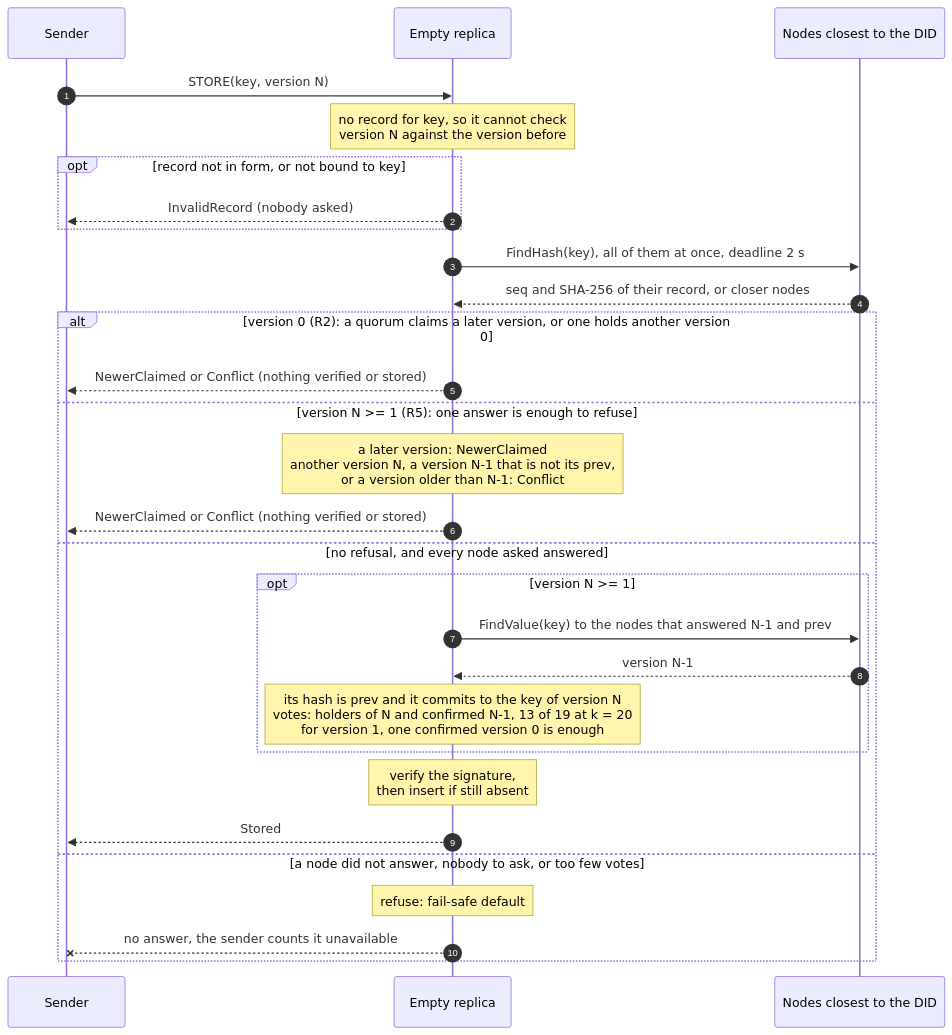
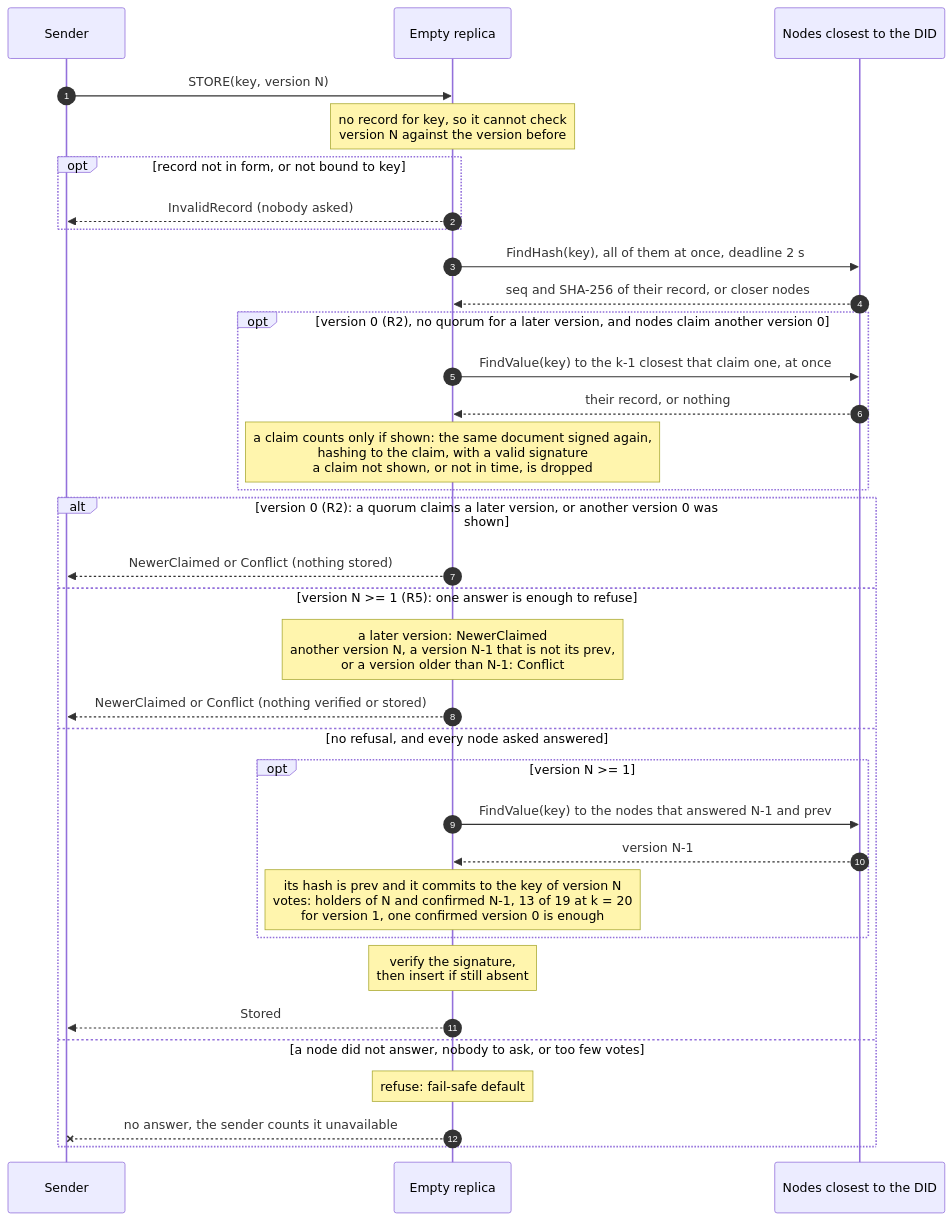
The diagram in docs/design/store-check.mmd (fratrung/auth-kademlia-rs), drawn with Mermaid before and after one commit. The commit also changed 8 other files, not shown here.

```diff
--- a/docs/design/store-check.mmd
+++ b/docs/design/store-check.mmd
@@ -1,29 +1,34 @@
 sequenceDiagram
     autonumber
     participant S as Sender
     participant R as Empty replica
     participant C as Nodes closest to the DID
     S->>R: STORE(key, version N)
     Note over R: no record for key, so it cannot check<br/>version N against the version before
     opt record not in form, or not bound to key
         R-->>S: InvalidRecord (nobody asked)
     end
     R->>C: FindHash(key), all of them at once, deadline 2 s
     C-->>R: seq and SHA-256 of their record, or closer nodes
-    alt version 0 (R2): a quorum claims a later version, or one holds another version 0
-        R-->>S: NewerClaimed or Conflict (nothing verified or stored)
+    opt version 0 (R2), no quorum for a later version, and nodes claim another version 0
+        R->>C: FindValue(key) to the k-1 closest that claim one, at once
+        C-->>R: their record, or nothing
+        Note over R: a claim counts only if shown: the same document signed again,<br/>hashing to the claim, with a valid signature<br/>a claim not shown, or not in time, is dropped
+    end
+    alt version 0 (R2): a quorum claims a later version, or another version 0 was shown
+        R-->>S: NewerClaimed or Conflict (nothing stored)
     else version N >= 1 (R5): one answer is enough to refuse
         Note over R: a later version: NewerClaimed<br/>another version N, a version N-1 that is not its prev,<br/>or a version older than N-1: Conflict
         R-->>S: NewerClaimed or Conflict (nothing verified or stored)
     else no refusal, and every node asked answered
         opt version N >= 1
             R->>C: FindValue(key) to the nodes that answered N-1 and prev
             C-->>R: version N-1
             Note over R: its hash is prev and it commits to the key of version N<br/>votes: holders of N and confirmed N-1, 13 of 19 at k = 20<br/>for version 1, one confirmed version 0 is enough
         end
         Note over R: verify the signature,<br/>then insert if still absent
         R-->>S: Stored
     else a node did not answer, nobody to ask, or too few votes
         Note over R: refuse: fail-safe default
         R--xS: no answer, the sender counts it unavailable
     end
```
